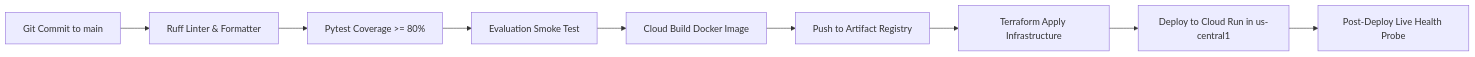
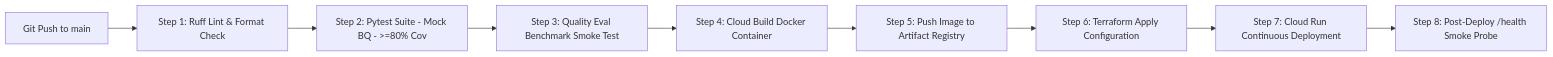
One commit to willie3838/williamc-ecomm-capstone changed the third of 3 diagrams in ARCHITECTURE.md. Above: the diagram before and after it, drawn with Mermaid. The commit also changed other lines of this file, not shown here.

Commit message:
docs(arch): update architecture specification and decision records

````diff
--- a/ARCHITECTURE.md
+++ b/ARCHITECTURE.md
@@ -185,11 +389,11 @@
 ```mermaid
 flowchart LR
-    COMMIT[Git Commit to main] --> LINT[Ruff Linter & Formatter]
-    LINT --> TEST[Pytest Coverage >= 80%]
-    TEST --> EVAL[Evaluation Smoke Test]
-    EVAL --> DOCKER[Cloud Build Docker Image]
-    DOCKER --> AR[Push to Artifact Registry]
-    AR --> TF[Terraform Apply Infrastructure]
-    TF --> RUN[Deploy to Cloud Run in us-central1]
-    RUN --> SMOKE[Post-Deploy Live Health Probe]
+    COMMIT[Git Push to main] --> LINT[Step 1: Ruff Lint & Format Check]
+    LINT --> TEST[Step 2: Pytest Suite - Mock BQ - >=80% Cov]
+    TEST --> EVAL[Step 3: Quality Eval Benchmark Smoke Test]
+    EVAL --> DOCKER[Step 4: Cloud Build Docker Container]
+    DOCKER --> AR[Step 5: Push Image to Artifact Registry]
+    AR --> TF[Step 6: Terraform Apply Configuration]
+    TF --> RUN[Step 7: Cloud Run Continuous Deployment]
+    RUN --> PROBE[Step 8: Post-Deploy /health Smoke Probe]
 ```
````
